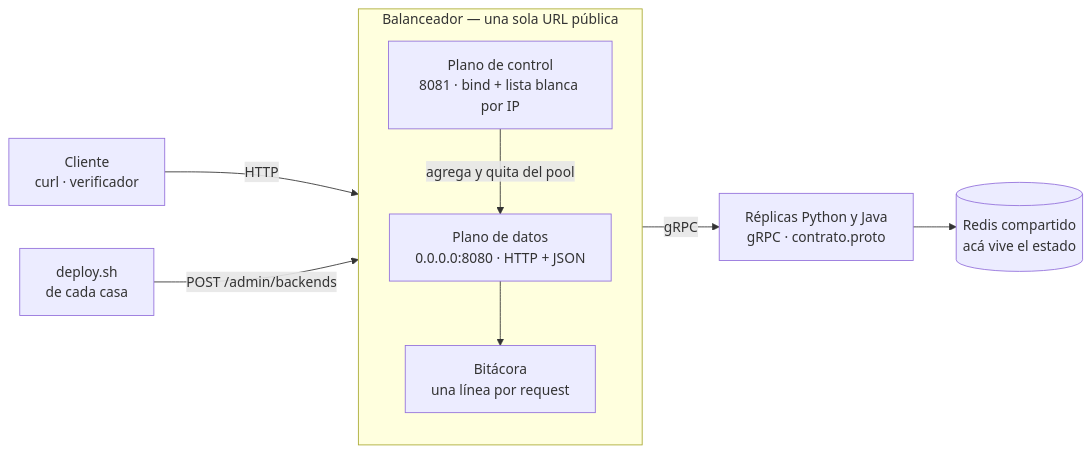
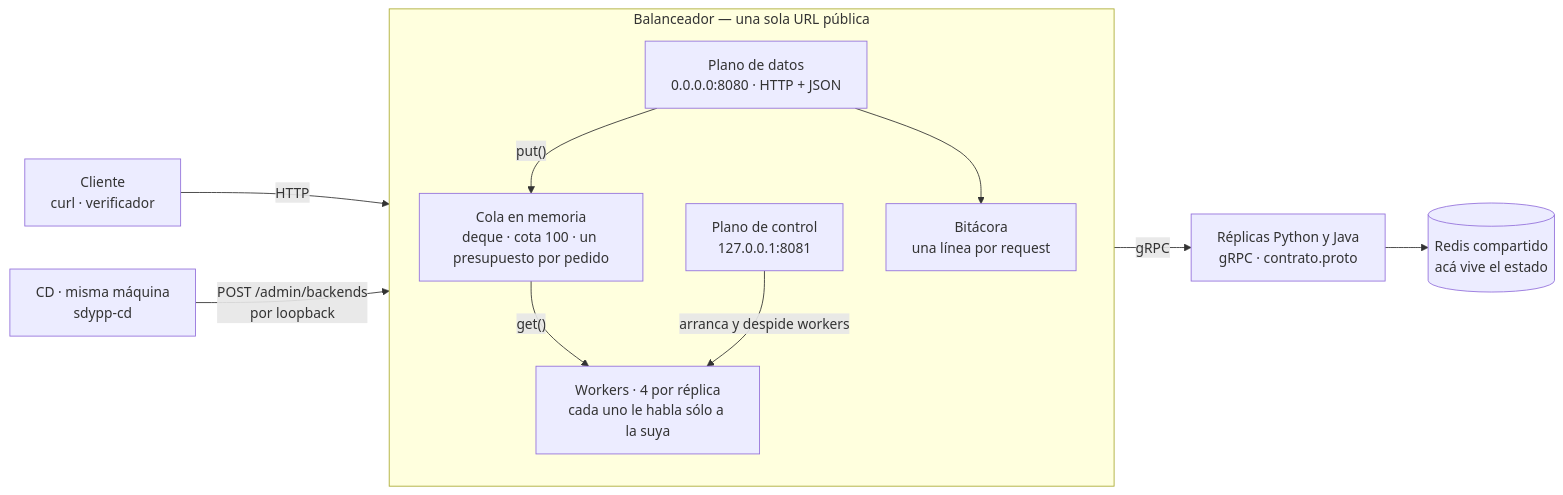
One commit to SDyPPTpGrupal/sdypp_balanceador changed the first of 2 diagrams in README.md. Above: the diagram before and after it, drawn with Mermaid. The commit also changed other lines of this file, not shown here.

Commit message:
README: el flujo con cola, justificacion de por que adentro y las reglas de reintento y las pruebas

````diff
--- a/README.md
+++ b/README.md
@@ -14,22 +18,26 @@
 ```mermaid
 flowchart LR
     CLI["Cliente<br/>curl · verificador"]
 
     subgraph BA["Balanceador — una sola URL pública"]
         direction TB
         DATOS["Plano de datos<br/>0.0.0.0:8080 · HTTP + JSON"]
-        CTRL["Plano de control<br/>8081 · bind + lista blanca por IP"]
+        COLA["Cola en memoria<br/>deque · cota 100 · un presupuesto por pedido"]
+        W["Workers · 4 por réplica<br/>cada uno le habla sólo a la suya"]
+        CTRL["Plano de control<br/>127.0.0.1:8081"]
         BIT["Bitácora<br/>una línea por request"]
     end
 
     REP["Réplicas Python y Java<br/>gRPC · contrato.proto"]
     RD[("Redis compartido<br/>acá vive el estado")]
-    DEP["deploy.sh<br/>de cada casa"]
+    CD["CD · misma máquina<br/>sdypp-cd"]
 
     CLI -->|"HTTP"| DATOS
-    DATOS -->|"gRPC"| REP
+    DATOS -->|"put()"| COLA
+    COLA -->|"get()"| W
+    W -->|"gRPC"| REP
     REP --> RD
-    DEP -->|"POST /admin/backends"| CTRL
-    CTRL -->|"agrega y quita del pool"| DATOS
+    CD -->|"POST /admin/backends<br/>por loopback"| CTRL
+    CTRL -->|"arranca y despide workers"| W
     DATOS --> BIT
 ```
````
